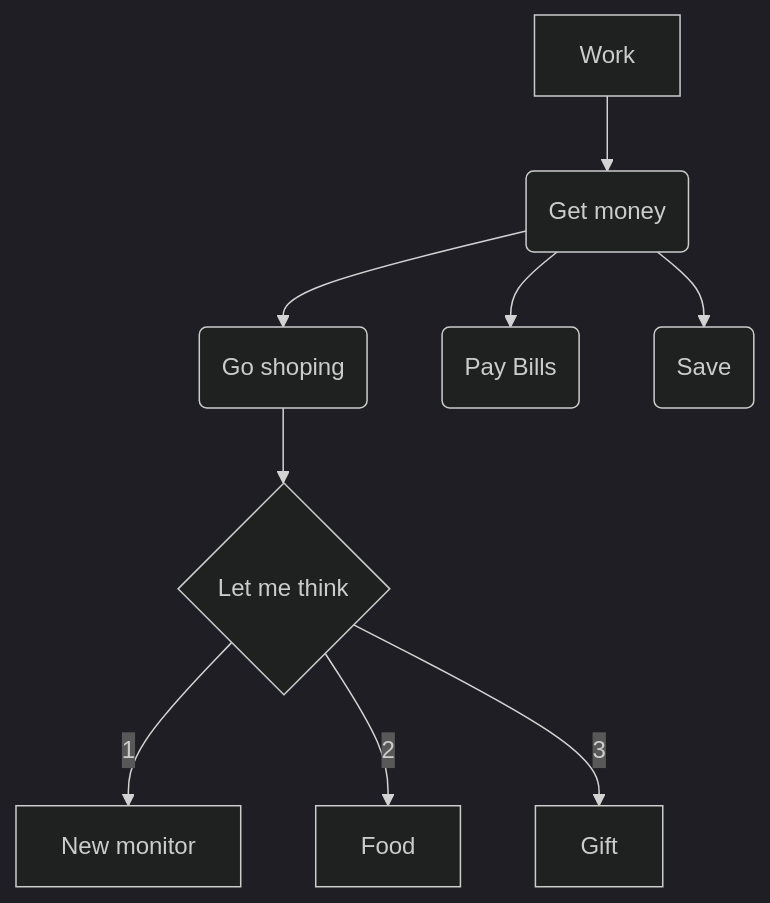
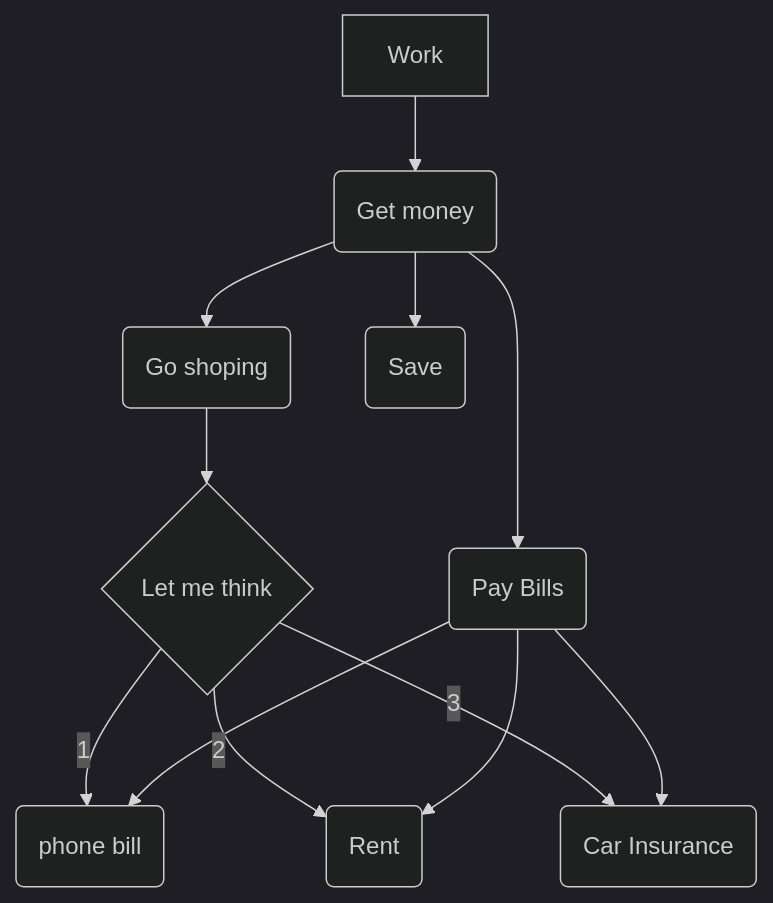
One commit to Epperezmoreno/epperezmoreno.github.io changed the diagram in Diagram.md. Above: the diagram before and after it, drawn with Mermaid (dark theme).

Commit message:
Update Diagram.md
added essential personal bills to chart

````diff
--- a/Diagram.md
+++ b/Diagram.md
@@ -1,12 +1,15 @@
 ```mermaid
 flowchart TD 
 A[Work] -->B(Get money)
 B --> C(Go shoping)
 B --> D(Pay Bills)
 B --> E(Save)
 C --> F{Let me think}
 F -->|1| G[New monitor]
 F -->|2| H[Food]
 F -->|3| I[Gift]
 
+D --> G(phone bill)
+D --> H(Rent)
+D --> I(Car Insurance)
 ```
````
